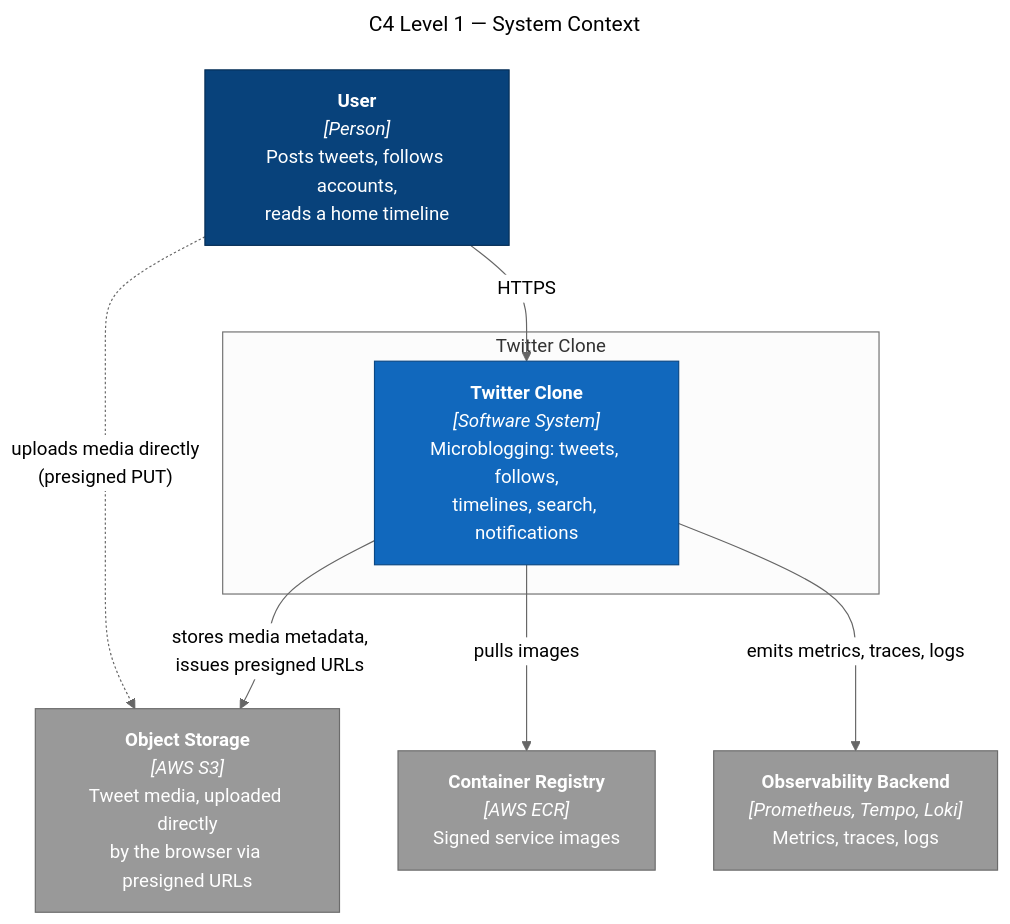
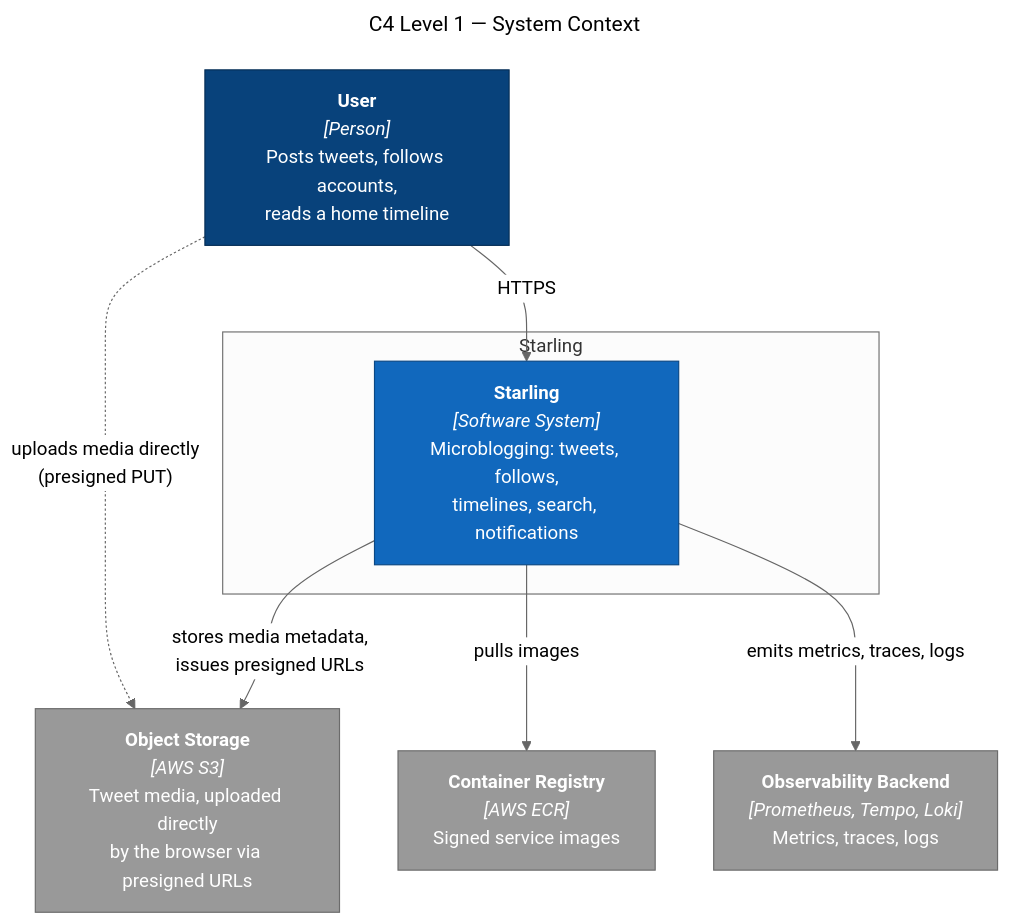
Before and after one commit to moeezurrehman0/starling: the diagram in docs/diagrams/c4-context.mmd, drawn with Mermaid (neutral theme). The commit also changed 446 other files, not shown here.

```diff
--- a/docs/diagrams/c4-context.mmd
+++ b/docs/diagrams/c4-context.mmd
@@ -1,26 +1,26 @@
 ---
 title: C4 Level 1 — System Context
 ---
 graph TB
     user["<b>User</b><br/><i>[Person]</i><br/>Posts tweets, follows accounts,<br/>reads a home timeline"]
 
-    subgraph system["Twitter Clone"]
-        app["<b>Twitter Clone</b><br/><i>[Software System]</i><br/>Microblogging: tweets, follows,<br/>timelines, search, notifications"]
+    subgraph system["Starling"]
+        app["<b>Starling</b><br/><i>[Software System]</i><br/>Microblogging: tweets, follows,<br/>timelines, search, notifications"]
     end
 
     s3["<b>Object Storage</b><br/><i>[AWS S3]</i><br/>Tweet media, uploaded directly<br/>by the browser via presigned URLs"]
     idp["<b>Container Registry</b><br/><i>[AWS ECR]</i><br/>Signed service images"]
     obs["<b>Observability Backend</b><br/><i>[Prometheus, Tempo, Loki]</i><br/>Metrics, traces, logs"]
 
     user -->|"HTTPS"| app
     user -.->|"uploads media directly<br/>(presigned PUT)"| s3
     app -->|"stores media metadata,<br/>issues presigned URLs"| s3
     app -->|"pulls images"| idp
     app -->|"emits metrics, traces, logs"| obs
 
     classDef person fill:#08427b,stroke:#052e56,color:#fff
     classDef internal fill:#1168bd,stroke:#0b4884,color:#fff
     classDef external fill:#999,stroke:#6b6b6b,color:#fff
     class user person
     class app internal
     class s3,idp,obs external
```
